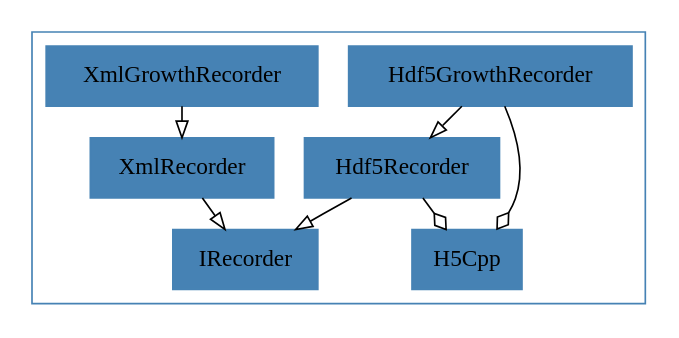
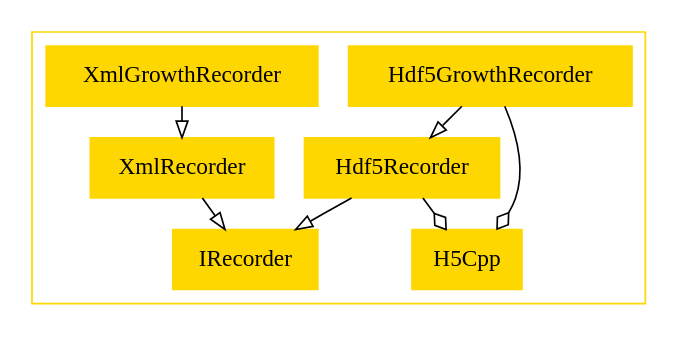
The diagram in Tools/DiagramGenerator/ExampleOutputs/dot_subsystems/subsystemC.dot (UWB-Biocomputing/BrainGrid), drawn with Graphviz before and after one commit. The commit also changed 9 other files, not shown here.

```diff
--- a/Tools/DiagramGenerator/ExampleOutputs/dot_subsystems/subsystemC.dot
+++ b/Tools/DiagramGenerator/ExampleOutputs/dot_subsystems/subsystemC.dot
@@ -1,42 +1,42 @@
 digraph{
 
 	subgraph clusterC {
-		node [shape = record];
+		color = gold
+		node [shape = record, color = gold];
 
-		color = steelblue
-		H5Cpp[label = H5Cpp, style = filled, color = steelblue];
-		Hdf5GrowthRecorder[label = Hdf5GrowthRecorder, style = filled, color = steelblue];
-		Hdf5Recorder[label = Hdf5Recorder, style = filled, color = steelblue];
-		IRecorder[label = IRecorder, style = filled, color = steelblue];
-		XmlGrowthRecorder[label = XmlGrowthRecorder, style = filled, color = steelblue];
-		XmlRecorder[label = XmlRecorder, style = filled, color = steelblue];
+		H5Cpp[label = H5Cpp, style = filled];
+		Hdf5GrowthRecorder[label = Hdf5GrowthRecorder, style = filled];
+		Hdf5Recorder[label = Hdf5Recorder, style = filled];
+		IRecorder[label = IRecorder, style = filled];
+		XmlGrowthRecorder[label = XmlGrowthRecorder, style = filled];
+		XmlRecorder[label = XmlRecorder, style = filled];
 
 
 		//------LAYOUT FOR SUBGRAPH------
 
 
 		rankdir = BT; // Rank Direction Bottom to Top
 		nodesep = 0.98; // Node Separation
 		ranksep = 0.98; // Rank Separation
 
 
 		//INHERITANCE//
 
 
 		Hdf5GrowthRecorder -> Hdf5Recorder [arrowhead=empty];
 
 		Hdf5Recorder -> IRecorder [arrowhead=empty];
 
 		XmlGrowthRecorder -> XmlRecorder [arrowhead=empty];
 
 		XmlRecorder -> IRecorder [arrowhead=empty];
 
 
 		//COMPOSITION//
 
 
 		Hdf5GrowthRecorder -> H5Cpp [arrowhead=ediamond];
 
 		Hdf5Recorder -> H5Cpp [arrowhead=ediamond];
 	}//end subgraph C
 }//end digraph
```
